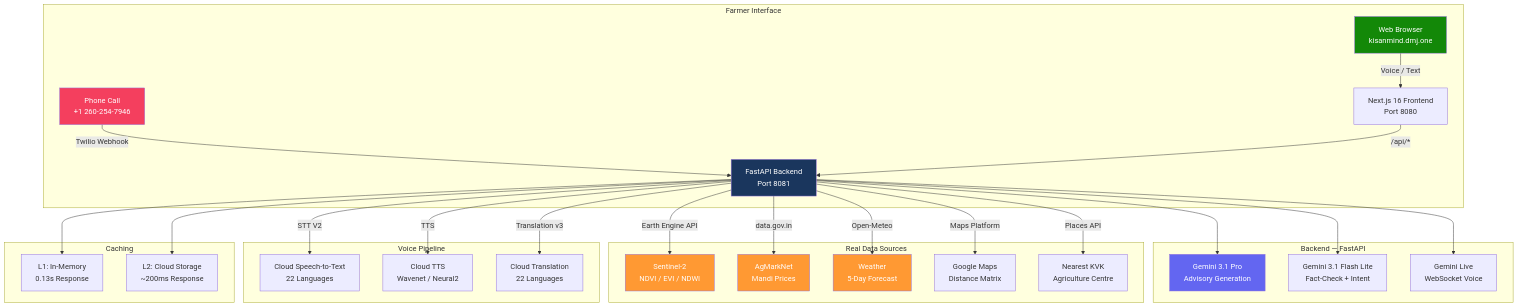
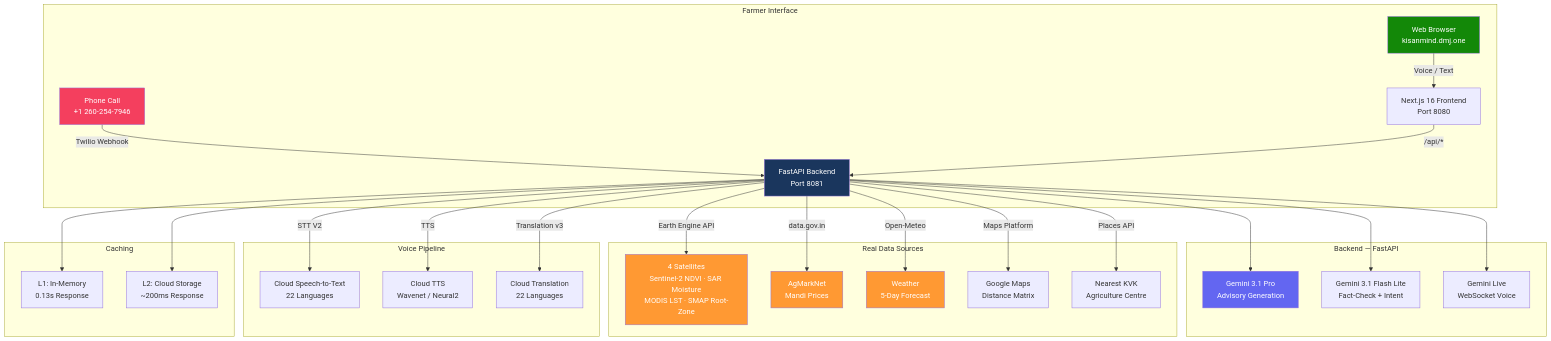
One commit to divyamohan1993/kisanmind changed the first of 2 diagrams in README.md. Above: the diagram before and after it, drawn with Mermaid. The commit also changed other lines of this file, not shown here.

First line of the commit message:
docs: list all 9 data sources including 4 satellites in README

````diff
--- a/README.md
+++ b/README.md
@@ -68,41 +71,41 @@
 ```mermaid
 graph TB
     subgraph "Farmer Interface"
         A[Web Browser<br/>kisanmind.dmj.one] -->|Voice / Text| B[Next.js 16 Frontend<br/>Port 8080]
         T[Phone Call<br/>+1 260-254-7946] -->|Twilio Webhook| D
     end
 
     subgraph "Backend — FastAPI"
         B -->|/api/*| D[FastAPI Backend<br/>Port 8081]
         D --> E[Gemini 3.1 Pro<br/>Advisory Generation]
         D --> F[Gemini 3.1 Flash Lite<br/>Fact-Check + Intent]
         D --> WS[Gemini Live<br/>WebSocket Voice]
     end
 
     subgraph "Real Data Sources"
-        D -->|Earth Engine API| G[Sentinel-2<br/>NDVI / EVI / NDWI]
+        D -->|Earth Engine API| G[4 Satellites<br/>Sentinel-2 NDVI · SAR Moisture<br/>MODIS LST · SMAP Root-Zone]
         D -->|data.gov.in| H[AgMarkNet<br/>Mandi Prices]
         D -->|Open-Meteo| I[Weather<br/>5-Day Forecast]
         D -->|Maps Platform| J[Google Maps<br/>Distance Matrix]
         D -->|Places API| K[Nearest KVK<br/>Agriculture Centre]
     end
 
     subgraph "Voice Pipeline"
         D -->|STT V2| L[Cloud Speech-to-Text<br/>22 Languages]
         D -->|TTS| M[Cloud TTS<br/>Wavenet / Neural2]
         D -->|Translation v3| N[Cloud Translation<br/>22 Languages]
     end
 
     subgraph "Caching"
         D --> O[L1: In-Memory<br/>0.13s Response]
         D --> P[L2: Cloud Storage<br/>~200ms Response]
     end
 
     style A fill:#138808,color:#fff
     style T fill:#f43f5e,color:#fff
     style D fill:#1a365d,color:#fff
     style E fill:#6366f1,color:#fff
     style G fill:#FF9933,color:#fff
     style H fill:#FF9933,color:#fff
     style I fill:#FF9933,color:#fff
 ```
````
